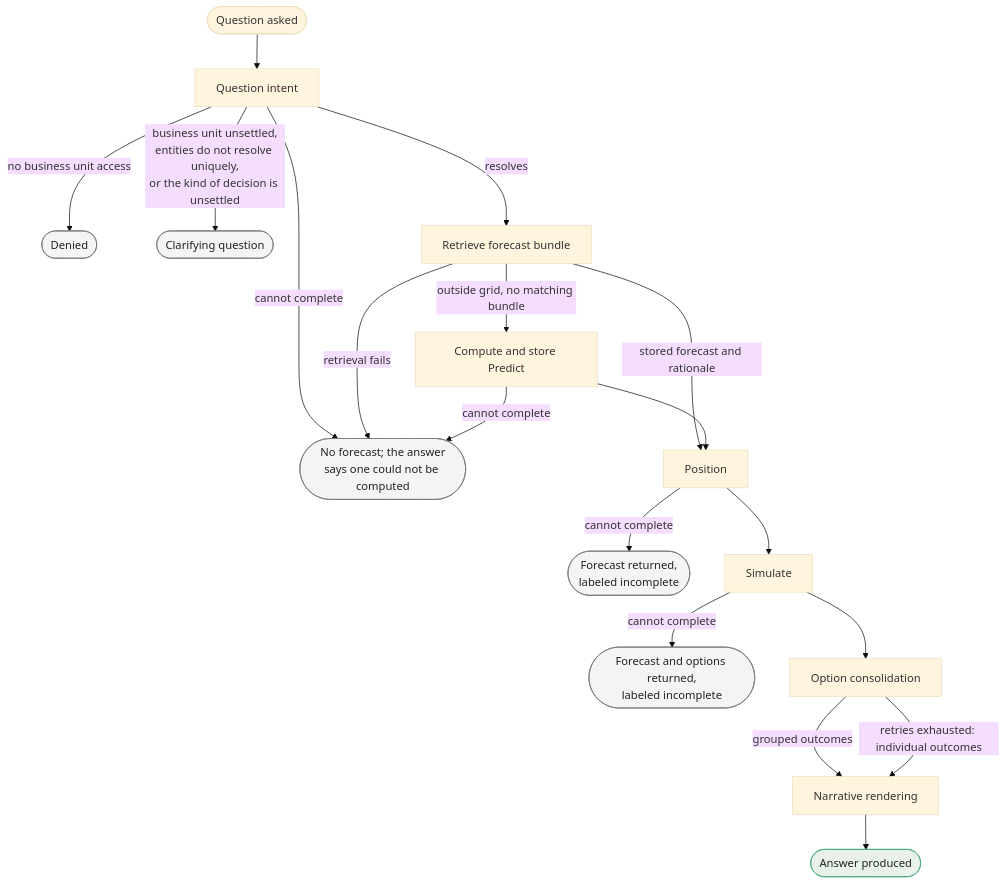
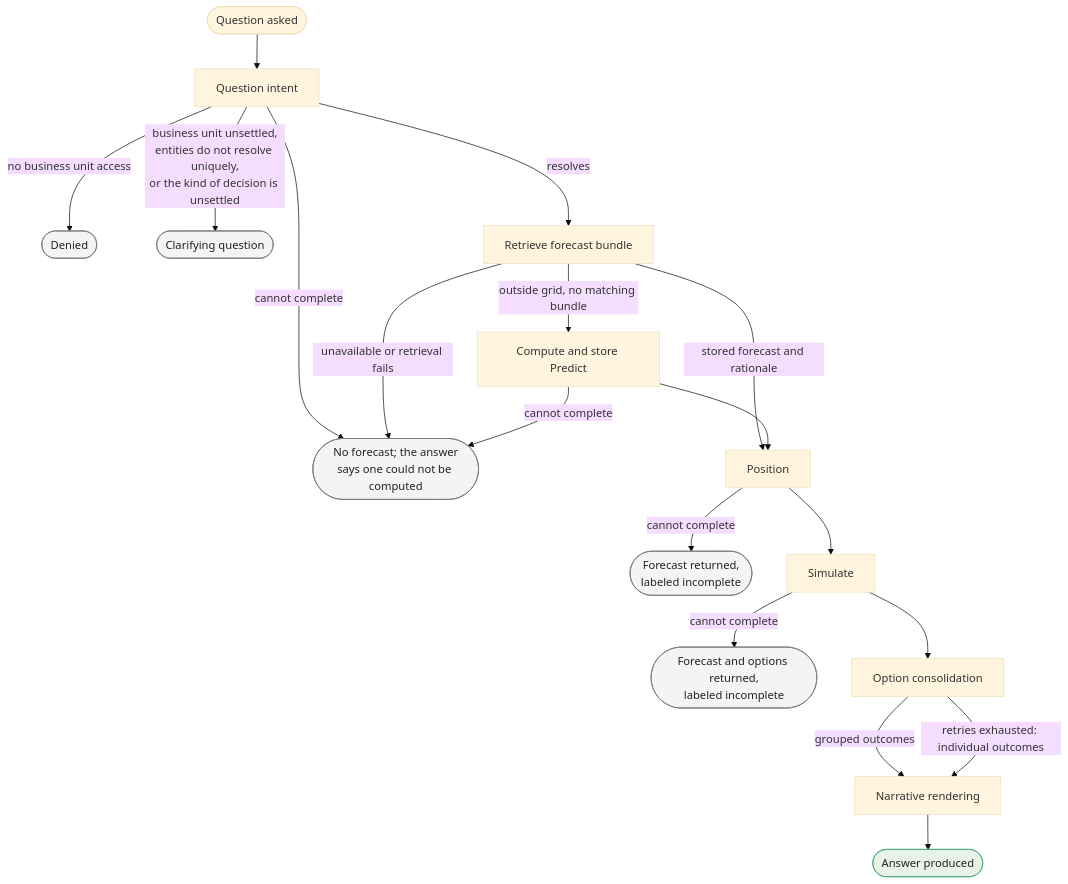
One commit to billy-atkins/price-horizon changed the fifth of 5 diagrams in specs/application/technical/architecture.md. Above: the diagram before and after it, drawn with Mermaid (base theme). The commit also changed other lines of this file and 10 other files, not shown here.

````diff
--- a/specs/application/technical/architecture.md
+++ b/specs/application/technical/architecture.md
@@ -248,29 +248,29 @@
 ```mermaid
 ---
 config:
   layout: dagre
 ---
 flowchart TD
     START(["Question asked"]) --> INTENT["Question intent"]
     INTENT -->|"no business unit access"| DENIED(["Denied"])
     INTENT -->|"business unit unsettled,<br/>entities do not resolve uniquely,<br/>or the kind of decision is unsettled"| CLARIFY(["Clarifying question"])
     INTENT -->|"cannot complete"| PF(["No forecast; the answer<br/>says one could not be computed"])
     INTENT -->|"resolves"| LOOKUP["Retrieve forecast bundle"]
     LOOKUP -->|"stored forecast and rationale"| POSITION["Position"]
     LOOKUP -->|"outside grid, no matching bundle"| PREDICT["Compute and store Predict"]
-    LOOKUP -->|"retrieval fails"| PF
+    LOOKUP -->|"unavailable or retrieval fails"| PF
     PREDICT -->|"cannot complete"| PF
     PREDICT --> POSITION
     POSITION -->|"cannot complete"| POSF(["Forecast returned,<br/>labeled incomplete"])
     POSITION --> SIMULATE["Simulate"]
     SIMULATE -->|"cannot complete"| SIMF(["Forecast and options returned,<br/>labeled incomplete"])
     SIMULATE --> GROUP["Option consolidation"]
     GROUP -->|"grouped outcomes"| RENDER["Narrative rendering"]
     GROUP -->|"retries exhausted: individual outcomes"| RENDER
     RENDER --> AP(["Answer produced"])
 
     classDef stop fill:#f4f4f4,stroke:#777,color:#222
     classDef done fill:#e8f2e8,stroke:#4a7,color:#222
     class DENIED,CLARIFY,PF,POSF,SIMF stop
     class AP done
 ```
````
